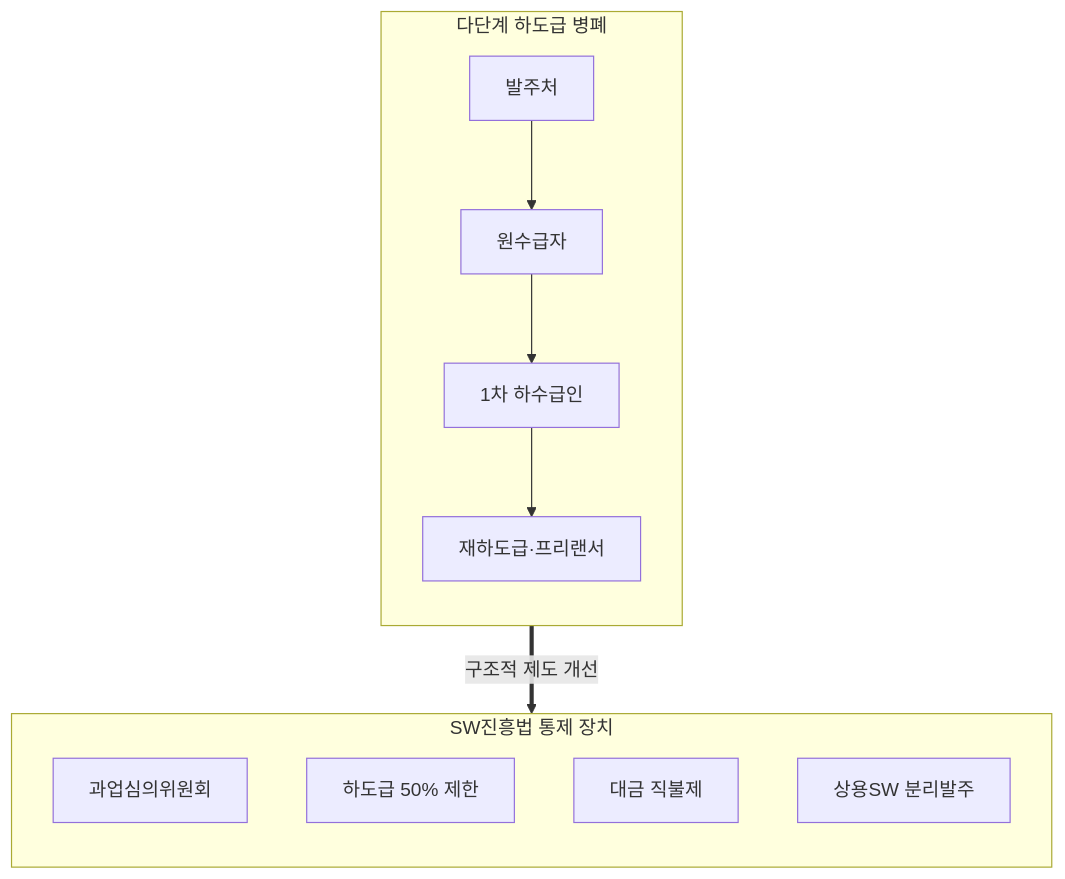
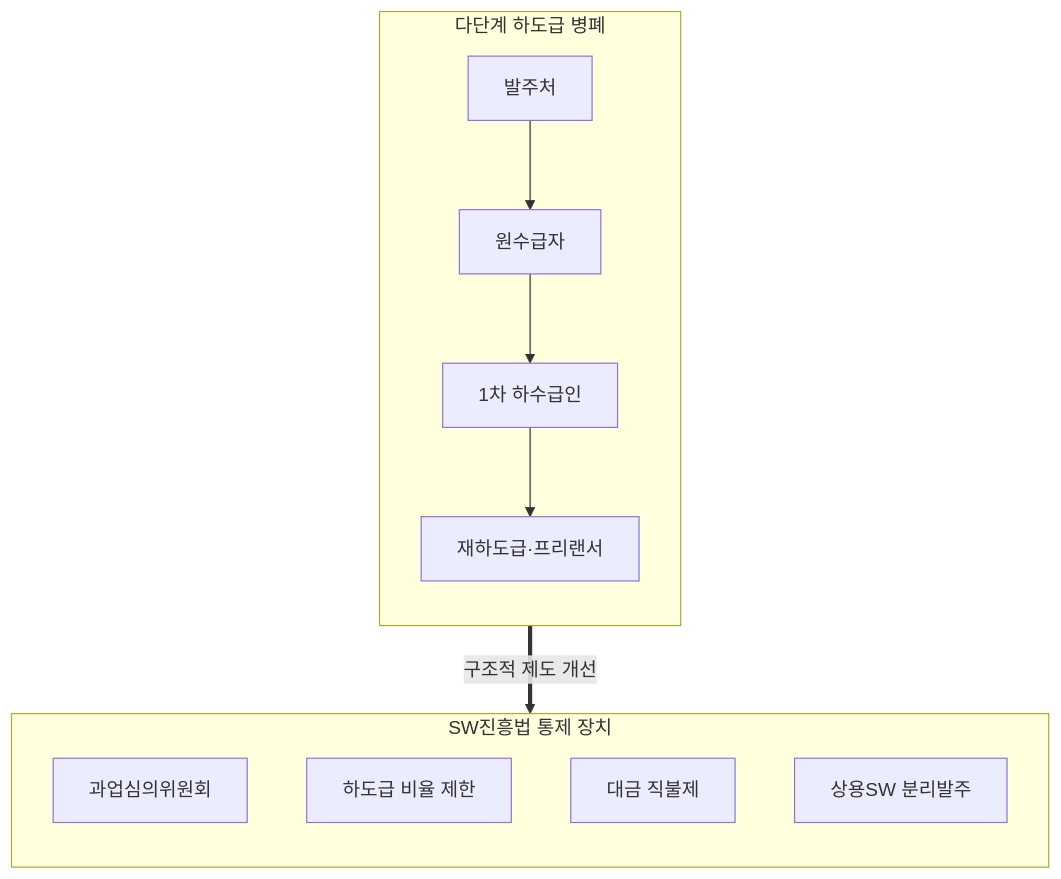
The first of 3 diagrams in src/content/docs/notes/itpe/01-it-strategy/086_it_service_industry_characteristics.md (agnusdei1207/study), drawn with Mermaid before and after one commit. The commit also changed other lines of this file and 219 other files, not shown here.

````diff
--- a/src/content/docs/notes/itpe/01-it-strategy/086_it_service_industry_characteristics.md
+++ b/src/content/docs/notes/itpe/01-it-strategy/086_it_service_industry_characteristics.md
@@ -60,17 +56,17 @@
 ```mermaid
 flowchart TD
     subgraph ISSUE["다단계 하도급 병폐"]
         direction TB
         L1["발주처"] --> L2["원수급자"] --> L3["1차 하수급인"] --> L4["재하도급·프리랜서"]
     end
 
     subgraph SOLUTION["SW진흥법 통제 장치"]
         direction TB
         S1["과업심의위원회"]
-        S2["하도급 50% 제한"]
+        S2["하도급 비율 제한"]
         S3["대금 직불제"]
         S4["상용SW 분리발주"]
     end
 
     ISSUE ==>|구조적 제도 개선| SOLUTION
 ```
````
